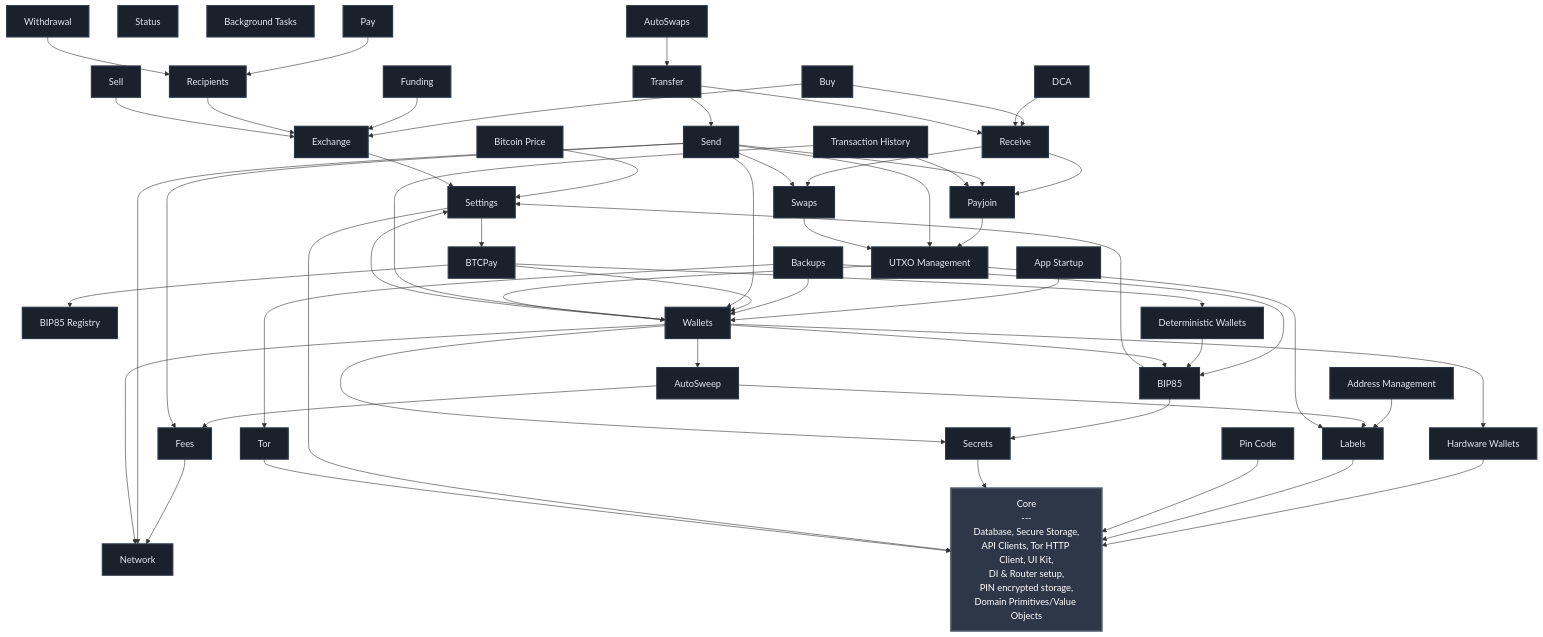
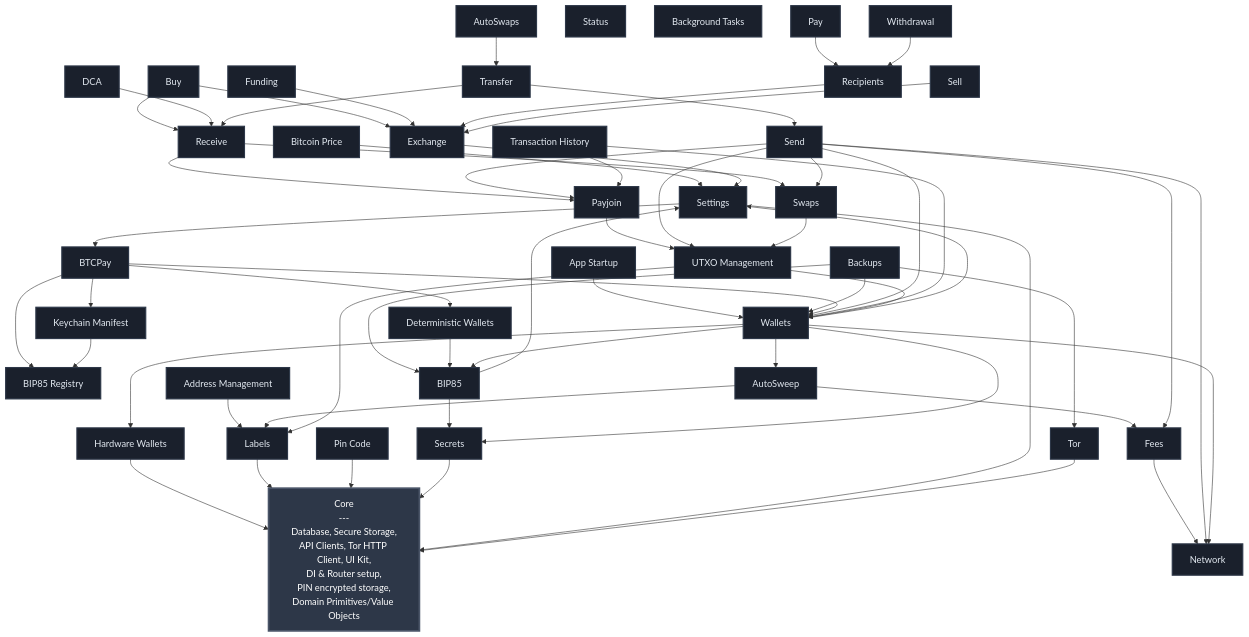
Before and after one commit to BullishNode/bullbitcoin-mobile: the diagram in FEATURES.md, drawn with Mermaid. The commit also changed 34 other files, not shown here.

Commit message:
feat(keychain_manifest): record reserved bip85 materializations

````diff
--- a/FEATURES.md
+++ b/FEATURES.md
@@ -22,6 +22,7 @@
     BTCPAY[BTCPay]
     BIP85_REGISTRY[BIP85 Registry]
     DETERMINISTIC_WALLETS[Deterministic Wallets]
+    KEYCHAIN_MANIFEST[Keychain Manifest]
     NETWORK[Network]
     BIP85[BIP85]
     FEES[Fees]
@@ -66,8 +67,10 @@
     BTC_PRICE --> SETTINGS
     BTCPAY --> BIP85_REGISTRY
     BTCPAY --> DETERMINISTIC_WALLETS
+    BTCPAY --> KEYCHAIN_MANIFEST
     BTCPAY --> WALLETS
     DETERMINISTIC_WALLETS --> BIP85
+    KEYCHAIN_MANIFEST --> BIP85_REGISTRY
     BUY --> EXCHANGE
     BUY --> RECEIVE
     DCA --> RECEIVE
@@ -113,5 +116,5 @@
     classDef featureStyle fill:#1a202c,stroke:#2d3748,stroke-width:2px,color:#e2e8f0
 
     class CORE coreStyle
-    class SETTINGS,TOR,PIN_CODE,LABELS,SECRETS,HW_WALLETS,BTC_PRICE,BTCPAY,BIP85_REGISTRY,DETERMINISTIC_WALLETS,NETWORK,BIP85,FEES,WALLETS,EXCHANGE,APP_STARTUP,UTXO_MGMT,ADDRESS_MGMT,RECIPIENTS,FUNDING,BACKUPS,SWAPS,PAYJOIN,WITHDRAWAL,STATUS,SEND,RECEIVE,TRANSFER,TX_HISTORY,BG_TASKS,AUTOSWAPS,AUTOSWEEP,DCA,SELL,PAY,BUY featureStyle
+    class SETTINGS,TOR,PIN_CODE,LABELS,SECRETS,HW_WALLETS,BTC_PRICE,BTCPAY,BIP85_REGISTRY,DETERMINISTIC_WALLETS,KEYCHAIN_MANIFEST,NETWORK,BIP85,FEES,WALLETS,EXCHANGE,APP_STARTUP,UTXO_MGMT,ADDRESS_MGMT,RECIPIENTS,FUNDING,BACKUPS,SWAPS,PAYJOIN,WITHDRAWAL,STATUS,SEND,RECEIVE,TRANSFER,TX_HISTORY,BG_TASKS,AUTOSWAPS,AUTOSWEEP,DCA,SELL,PAY,BUY featureStyle
 ```
````
